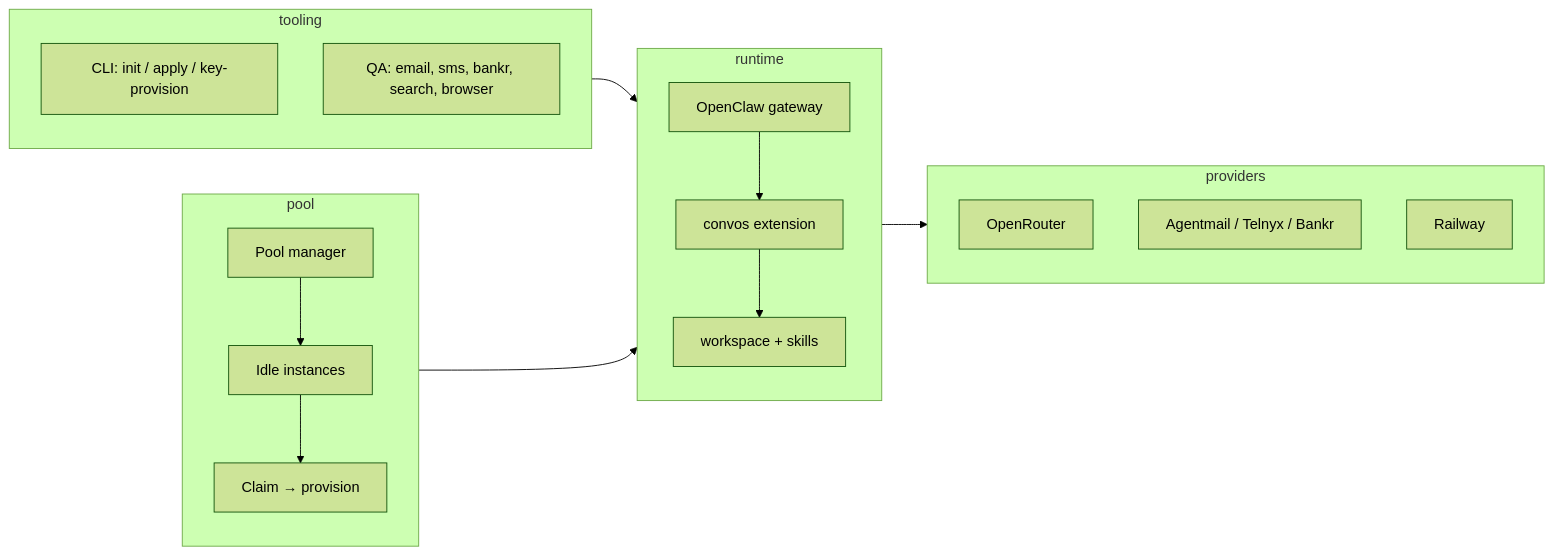
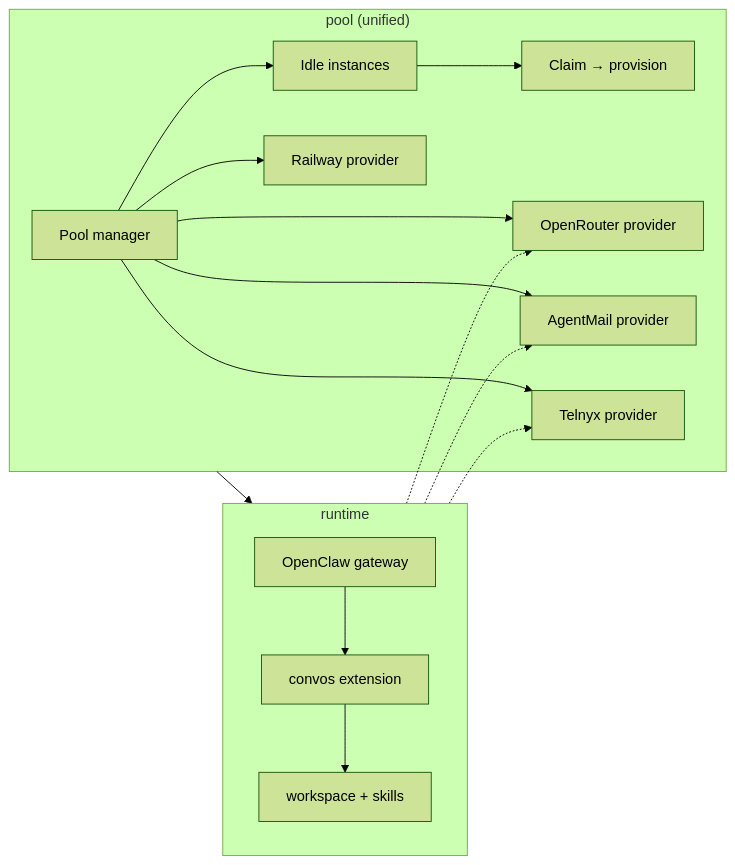
The first of 2 diagrams in README.md (xmtplabs/convos-managed-agent-runtime), drawn with Mermaid (forest theme) before and after one commit. The commit also changed other lines of this file and 65 other files, not shown here.

````diff
--- a/README.md
+++ b/README.md
@@ -20,27 +19,24 @@
 ```mermaid
 flowchart LR
-  subgraph tooling["tooling"]
-    T1[CLI: init / apply / key-provision]
-    T2[QA: email, sms, bankr, search, browser]
-  end
   subgraph runtime["runtime"]
     R1[OpenClaw gateway]
     R2[convos extension]
     R3[workspace + skills]
     R1 --> R2 --> R3
   end
-  subgraph pool["pool"]
+  subgraph pool["pool (unified)"]
     P1[Pool manager]
     P2[Idle instances]
     P3[Claim → provision]
+    P4[Railway provider]
+    P5[OpenRouter provider]
+    P6[AgentMail provider]
+    P7[Telnyx provider]
     P1 --> P2 --> P3
+    P1 --> P4 & P5 & P6 & P7
   end
-  subgraph providers["providers"]
-    V1[OpenRouter]
-    V2[Agentmail / Telnyx / Bankr]
-    V3[Railway]
-  end
-  tooling --> runtime
   pool --> runtime
-  runtime --> providers
+  runtime -.-> P5
+  runtime -.-> P6
+  runtime -.-> P7
 ```
````
